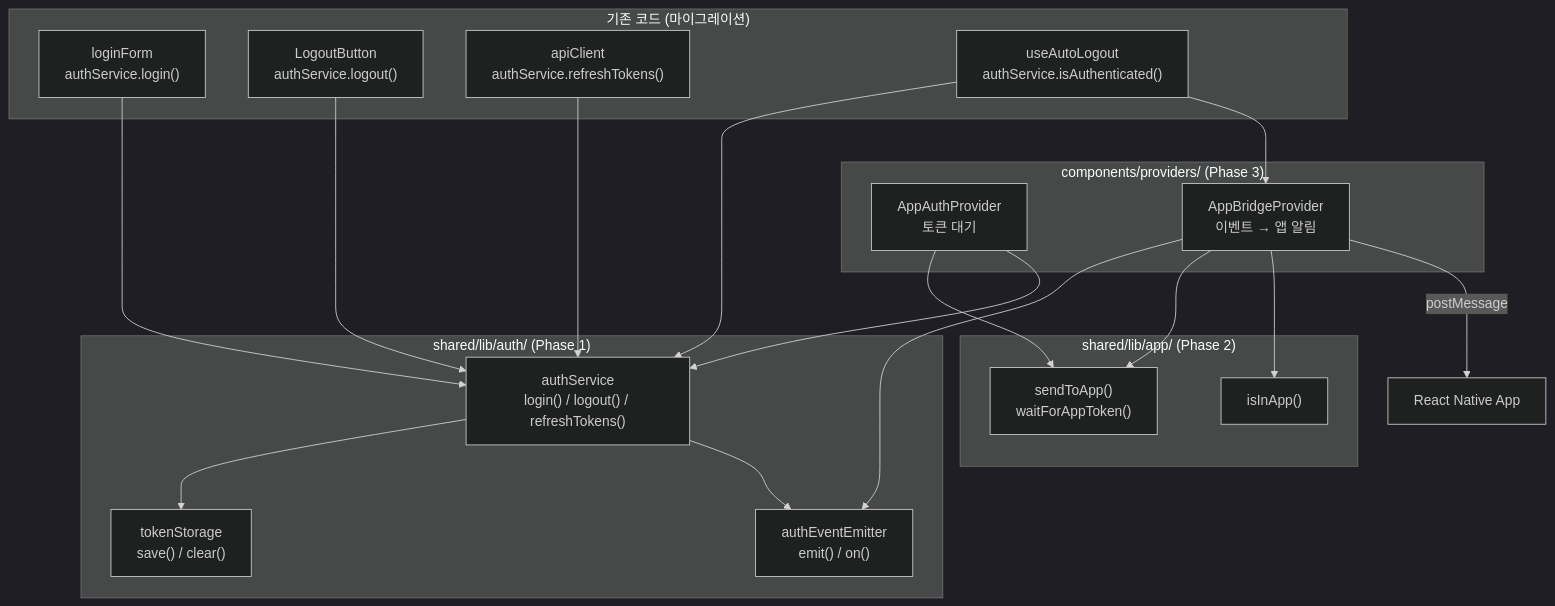
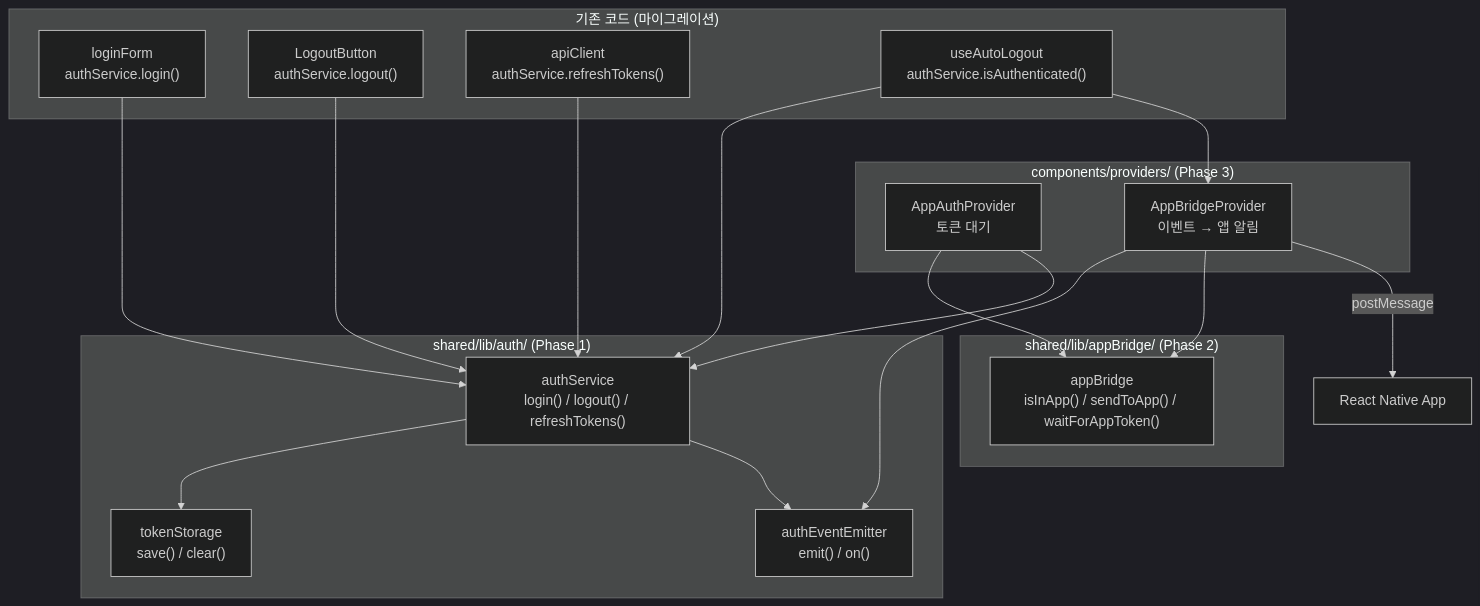
The fifth of 6 diagrams in docs/tasks/auth-refactoring-and-app-bridge.md (DDD-Community/DDD-12-GROWIT-FE), drawn with Mermaid (dark theme) before and after one commit. The commit also changed other lines of this file and 4 other files, not shown here.

First line of the commit message:
feat: App Bridge 모듈 구현 (Phase 2)

````diff
--- a/docs/tasks/auth-refactoring-and-app-bridge.md
+++ b/docs/tasks/auth-refactoring-and-app-bridge.md
@@ -1253,42 +1241,40 @@
 ```mermaid
 flowchart TB
     subgraph AuthModule["shared/lib/auth/ (Phase 1)"]
         authService["authService<br/>login() / logout() / refreshTokens()"]
         eventEmitter["authEventEmitter<br/>emit() / on()"]
         tokenStorage["tokenStorage<br/>save() / clear()"]
 
         authService --> tokenStorage
         authService --> eventEmitter
     end
 
-    subgraph AppModule["shared/lib/app/ (Phase 2)"]
-        isInApp["isInApp()"]
-        appBridge["sendToApp()<br/>waitForAppToken()"]
+    subgraph AppModule["shared/lib/appBridge/ (Phase 2)"]
+        appBridge["appBridge<br/>isInApp() / sendToApp() / waitForAppToken()"]
     end
 
     subgraph Providers["components/providers/ (Phase 3)"]
         AppAuthProvider["AppAuthProvider<br/>토큰 대기"]
         AppBridgeProvider["AppBridgeProvider<br/>이벤트 → 앱 알림"]
 
         AppAuthProvider --> appBridge
         AppAuthProvider --> authService
         AppBridgeProvider --> eventEmitter
         AppBridgeProvider --> appBridge
-        AppBridgeProvider --> isInApp
     end
 
     subgraph Consumers["기존 코드 (마이그레이션)"]
         loginForm["loginForm<br/>authService.login()"]
         logoutBtn["LogoutButton<br/>authService.logout()"]
         apiClient["apiClient<br/>authService.refreshTokens()"]
         autoLogout["useAutoLogout<br/>authService.isAuthenticated()"]
     end
 
     loginForm --> authService
     logoutBtn --> authService
     apiClient --> authService
     autoLogout --> authService
     autoLogout --> AppBridgeProvider
 
     AppBridgeProvider -->|"postMessage"| RNApp["React Native App"]
 ```
````
